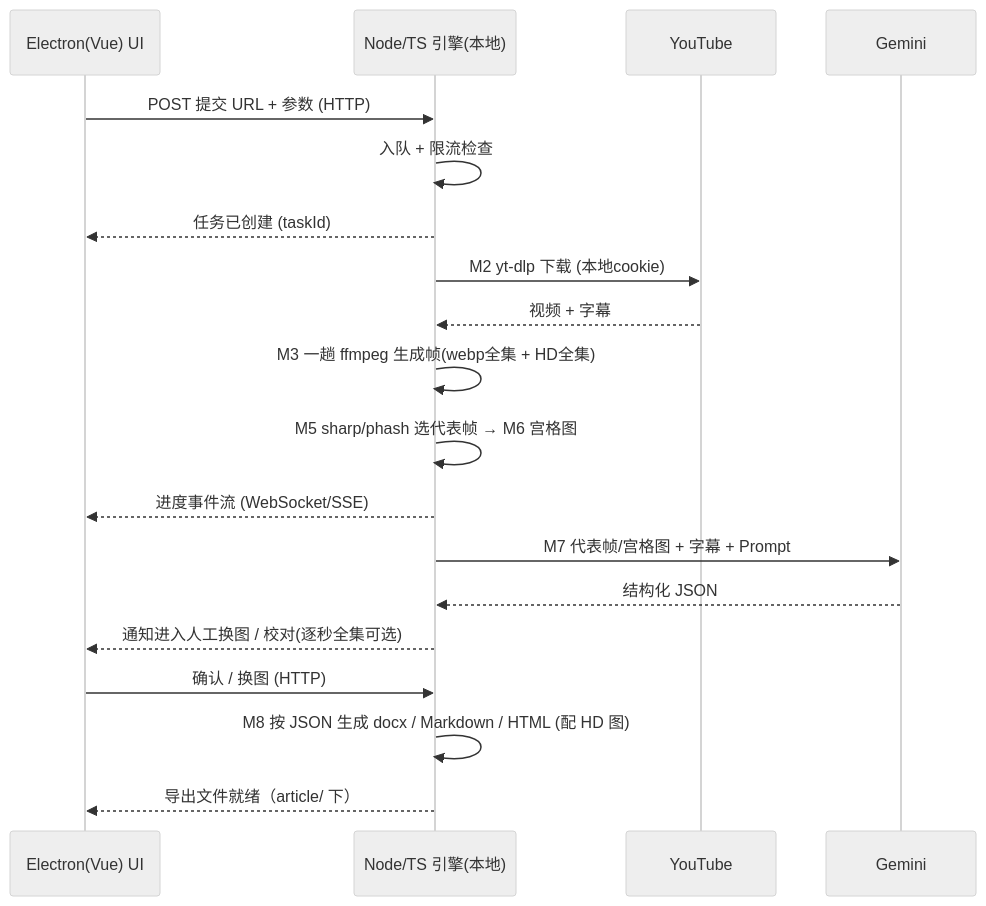
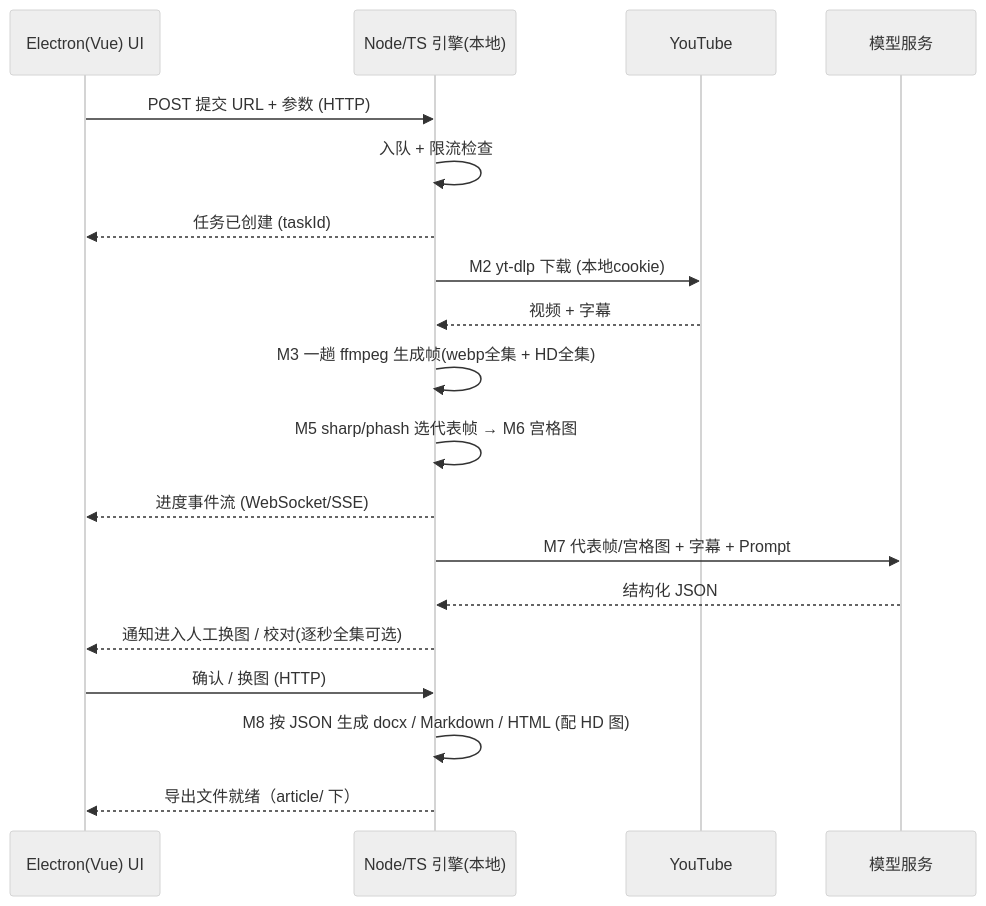
One commit to BreettySun/stillscribe changed the second of 2 diagrams in docs/视频生成文章-架构文档.md. Above: the diagram before and after it, drawn with Mermaid (neutral theme). The commit also changed other lines of this file and 15 other files, not shown here.

````diff
--- a/docs/视频生成文章-架构文档.md
+++ b/docs/视频生成文章-架构文档.md
@@ -213,22 +214,22 @@
 ```mermaid
 sequenceDiagram
     participant U as Electron(Vue) UI
     participant E as Node/TS 引擎(本地)
     participant Y as YouTube
-    participant G as Gemini
+    participant G as 模型服务
 
     U->>E: POST 提交 URL + 参数 (HTTP)
     E->>E: 入队 + 限流检查
     E-->>U: 任务已创建 (taskId)
     E->>Y: M2 yt-dlp 下载 (本地cookie)
     Y-->>E: 视频 + 字幕
     E->>E: M3 一趟 ffmpeg 生成帧(webp全集 + HD全集)
     E->>E: M5 sharp/phash 选代表帧 → M6 宫格图
     E-->>U: 进度事件流 (WebSocket/SSE)
     E->>G: M7 代表帧/宫格图 + 字幕 + Prompt
     G-->>E: 结构化 JSON
     E-->>U: 通知进入人工换图 / 校对(逐秒全集可选)
     U->>E: 确认 / 换图 (HTTP)
     E->>E: M8 按 JSON 生成 docx / Markdown / HTML (配 HD 图)
     E-->>U: 导出文件就绪（article/ 下）
 ```
````
